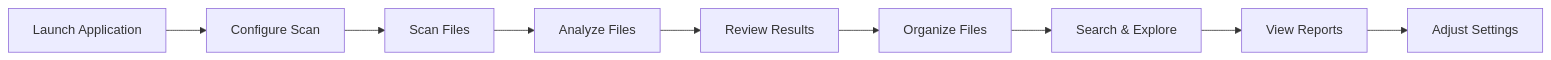
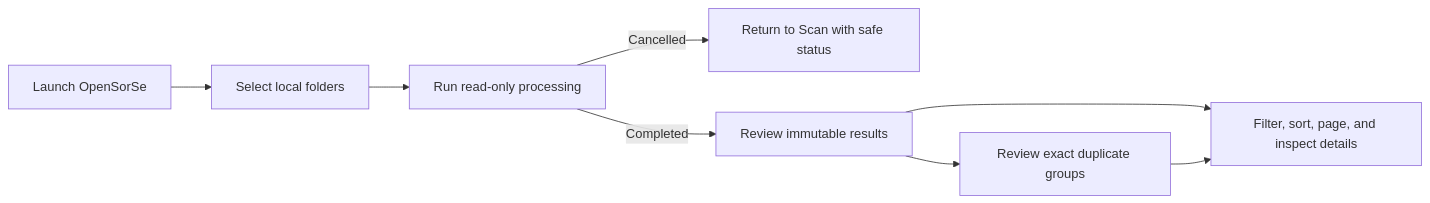
One commit to nishdel/OpenSorSe changed the diagram in docs/Architecture/00_System/06_User_Flow.md. Above: the diagram before and after it, drawn with Mermaid. The commit also changed other lines of this file and 22 other files, not shown here.

````diff
--- a/docs/Architecture/00_System/06_User_Flow.md
+++ b/docs/Architecture/00_System/06_User_Flow.md
@@ -21,22 +9,10 @@
 ```mermaid
 flowchart LR
-
-A[Launch Application]
-B[Configure Scan]
-C[Scan Files]
-D[Analyze Files]
-E[Review Results]
-F[Organize Files]
-G[Search & Explore]
-H[View Reports]
-I[Adjust Settings]
-
-A --> B
-B --> C
-C --> D
-D --> E
-E --> F
-F --> G
-G --> H
-H --> I
+    A["Launch OpenSorSe"] --> B["Select local folders"]
+    B --> C["Run read-only processing"]
+    C -->|Cancelled| D["Return to Scan with safe status"]
+    C -->|Completed| E["Review immutable results"]
+    E --> F["Filter, sort, page, and inspect details"]
+    E --> G["Review exact duplicate groups"]
+    G --> F
 ```
````
